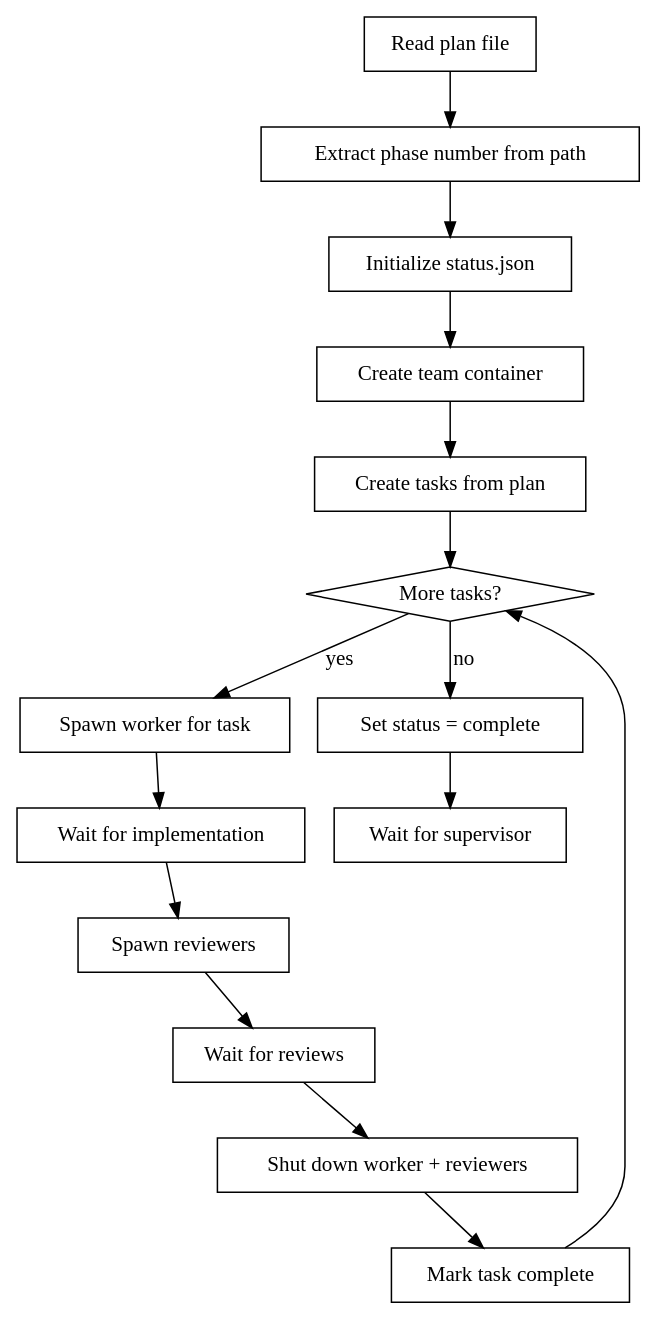
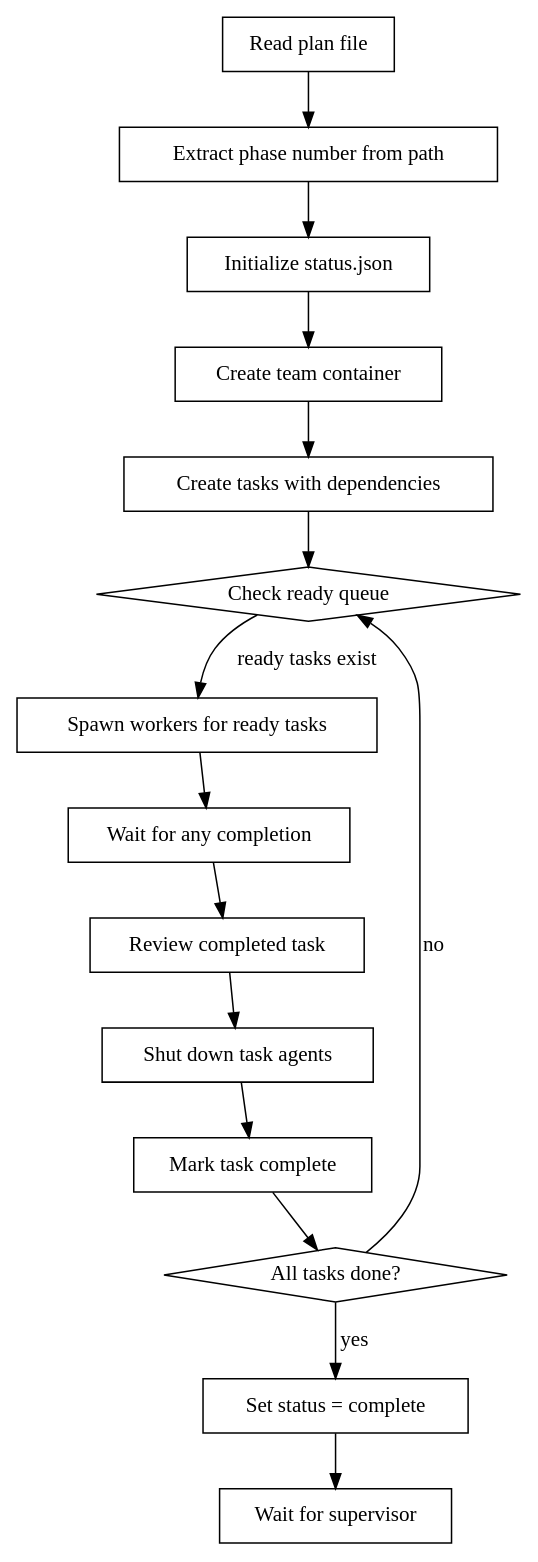
The diagram in skills/team-lead-init/SKILL.md (joshuabates/tina), drawn with Graphviz before and after one commit. The commit also changed other lines of this file and 3 other files, not shown here.

First line of the commit message:
feat: DAG scheduler for concurrent task execution and parallel status visibility

````diff
--- a/skills/team-lead-init/SKILL.md
+++ b/skills/team-lead-init/SKILL.md
@@ -353,35 +382,35 @@
 ```dot
-digraph team_lead_init_ephemeral {
+digraph team_lead_dag {
     rankdir=TB;
 
     "Read plan file" [shape=box];
     "Extract phase number from path" [shape=box];
     "Initialize status.json" [shape=box];
     "Create team container" [shape=box];
-    "Create tasks from plan" [shape=box];
-    "More tasks?" [shape=diamond];
-    "Spawn worker for task" [shape=box];
-    "Wait for implementation" [shape=box];
-    "Spawn reviewers" [shape=box];
-    "Wait for reviews" [shape=box];
-    "Shut down worker + reviewers" [shape=box];
+    "Create tasks with dependencies" [shape=box];
+    "Check ready queue" [shape=diamond];
+    "Spawn workers for ready tasks" [shape=box];
+    "Wait for any completion" [shape=box];
+    "Review completed task" [shape=box];
+    "Shut down task agents" [shape=box];
     "Mark task complete" [shape=box];
+    "All tasks done?" [shape=diamond];
     "Set status = complete" [shape=box];
     "Wait for supervisor" [shape=box];
 
     "Read plan file" -> "Extract phase number from path";
     "Extract phase number from path" -> "Initialize status.json";
     "Initialize status.json" -> "Create team container";
-    "Create team container" -> "Create tasks from plan";
-    "Create tasks from plan" -> "More tasks?";
-    "More tasks?" -> "Spawn worker for task" [label="yes"];
-    "More tasks?" -> "Set status = complete" [label="no"];
-    "Spawn worker for task" -> "Wait for implementation";
-    "Wait for implementation" -> "Spawn reviewers";
-    "Spawn reviewers" -> "Wait for reviews";
-    "Wait for reviews" -> "Shut down worker + reviewers";
-    "Shut down worker + reviewers" -> "Mark task complete";
-    "Mark task complete" -> "More tasks?";
+    "Create team container" -> "Create tasks with dependencies";
+    "Create tasks with dependencies" -> "Check ready queue";
+    "Check ready queue" -> "Spawn workers for ready tasks" [label="ready tasks exist"];
+    "Spawn workers for ready tasks" -> "Wait for any completion";
+    "Wait for any completion" -> "Review completed task";
+    "Review completed task" -> "Shut down task agents";
+    "Shut down task agents" -> "Mark task complete";
+    "Mark task complete" -> "All tasks done?";
+    "All tasks done?" -> "Check ready queue" [label="no"];
+    "All tasks done?" -> "Set status = complete" [label="yes"];
     "Set status = complete" -> "Wait for supervisor";
 }
 ```
````
